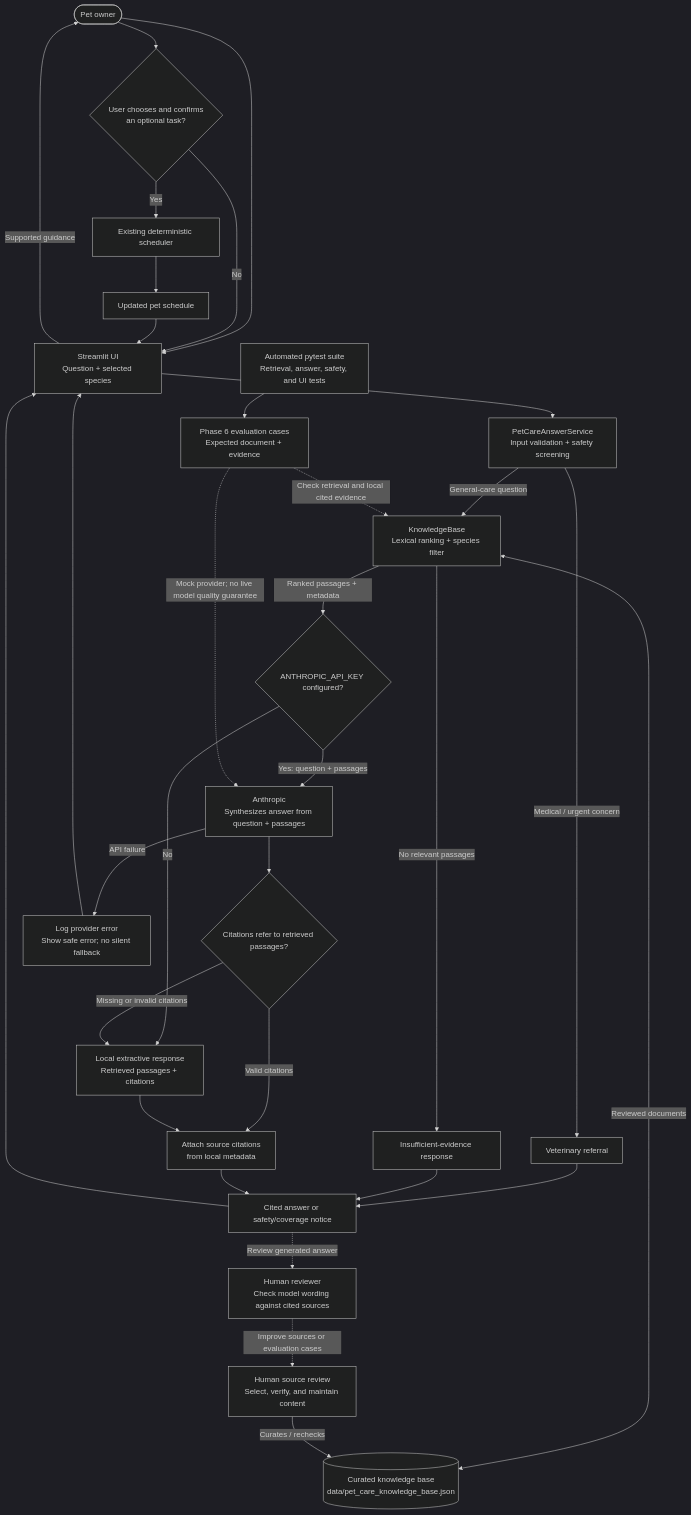
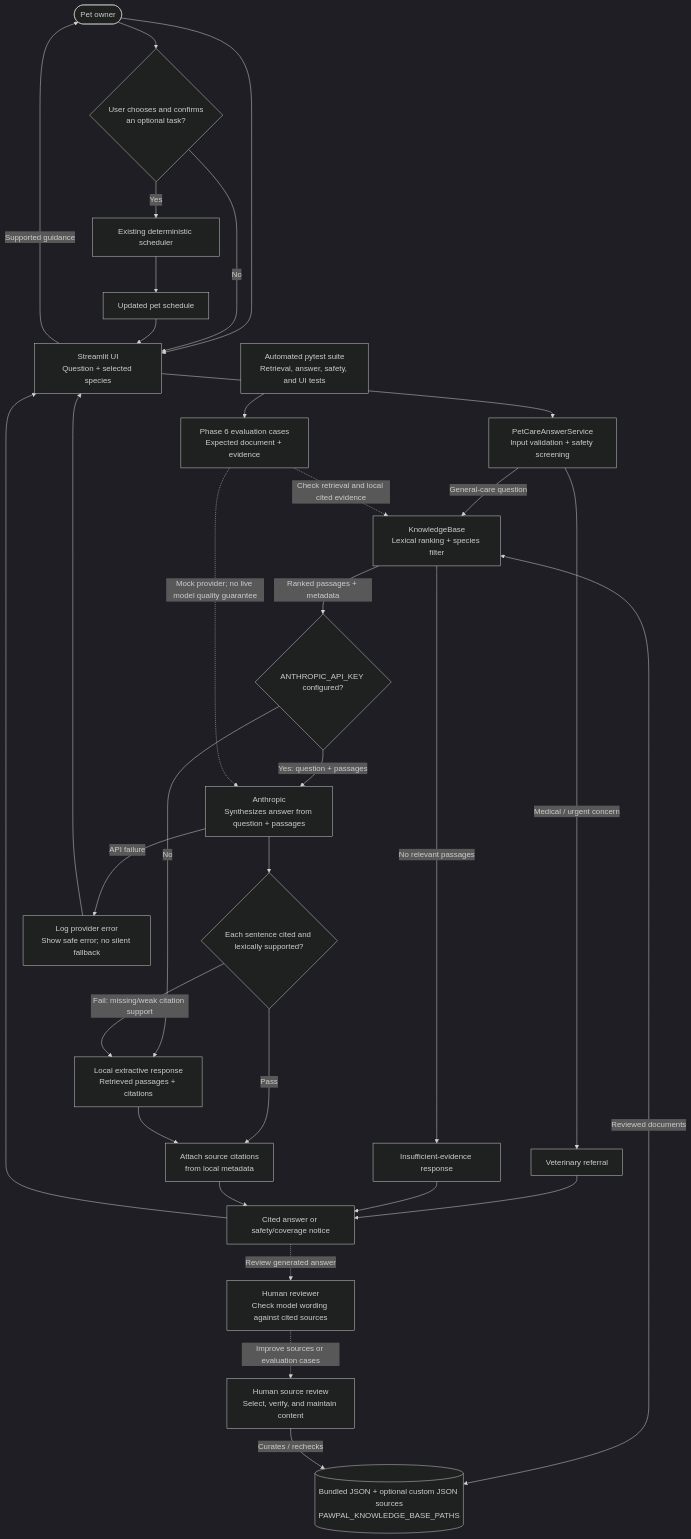
One commit to swethanagopisetti/applied-ai-system-project changed the diagram in diagrams/rag_system.mmd. Above: the diagram before and after it, drawn with Mermaid (dark theme). The commit also changed 1 other file, not shown here.

```diff
--- a/diagrams/rag_system.mmd
+++ b/diagrams/rag_system.mmd
@@ -1,56 +1,56 @@
 flowchart TD
     Human([Pet owner])
     UI["Streamlit UI<br/>Question + selected species"]
     Answer["PetCareAnswerService<br/>Input validation + safety screening"]
     Referral["Veterinary referral"]
     Retriever["KnowledgeBase<br/>Lexical ranking + species filter"]
-    KB[("Curated knowledge base<br/>data/pet_care_knowledge_base.json")]
+    KB[("Bundled JSON + optional custom JSON sources<br/>PAWPAL_KNOWLEDGE_BASE_PATHS")]
     NoEvidence["Insufficient-evidence response"]
     Provider{"ANTHROPIC_API_KEY configured?"}
     Anthropic["Anthropic<br/>Synthesizes answer from question + passages"]
-    CitationCheck{"Citations refer to retrieved passages?"}
+    GroundingCheck{"Each sentence cited and lexically supported?"}
     Local["Local extractive response<br/>Retrieved passages + citations"]
     Metadata["Attach source citations<br/>from local metadata"]
     Error["Log provider error<br/>Show safe error; no silent fallback"]
     Response["Cited answer or safety/coverage notice"]
     Confirm{"User chooses and confirms<br/>an optional task?"}
     Scheduler["Existing deterministic scheduler"]
     Schedule["Updated pet schedule"]
 
     Human --> UI
     UI --> Answer
     Answer -->|"Medical / urgent concern"| Referral
     Referral --> Response
     Answer -->|"General-care question"| Retriever
     Retriever <-->|"Reviewed documents"| KB
     Retriever -->|"No relevant passages"| NoEvidence
     NoEvidence --> Response
     Retriever -->|"Ranked passages + metadata"| Provider
     Provider -->|"Yes: question + passages"| Anthropic
     Provider -->|"No"| Local
-    Anthropic --> CitationCheck
-    CitationCheck -->|"Valid citations"| Metadata
-    CitationCheck -->|"Missing or invalid citations"| Local
+    Anthropic --> GroundingCheck
+    GroundingCheck -->|"Pass"| Metadata
+    GroundingCheck -->|"Fail: missing/weak citation support"| Local
     Local --> Metadata
     Anthropic -->|"API failure"| Error
     Error --> UI
     Metadata --> Response
     Response --> UI
     UI -->|"Supported guidance"| Human
     Human --> Confirm
     Confirm -->|"Yes"| Scheduler
     Confirm -->|"No"| UI
     Scheduler --> Schedule
     Schedule --> UI
 
     Curator["Human source review<br/>Select, verify, and maintain content"]
     Curator -->|"Curates / rechecks"| KB
     ModelReviewer["Human reviewer<br/>Check model wording against cited sources"]
     Response -.->|"Review generated answer"| ModelReviewer
     ModelReviewer -.->|"Improve sources or evaluation cases"| Curator
 
     Tests["Automated pytest suite<br/>Retrieval, answer, safety, and UI tests"]
     Eval["Phase 6 evaluation cases<br/>Expected document + evidence"]
     Tests --> Eval
     Eval -.->|"Check retrieval and local cited evidence"| Retriever
     Eval -.->|"Mock provider; no live model quality guarantee"| Anthropic
```
